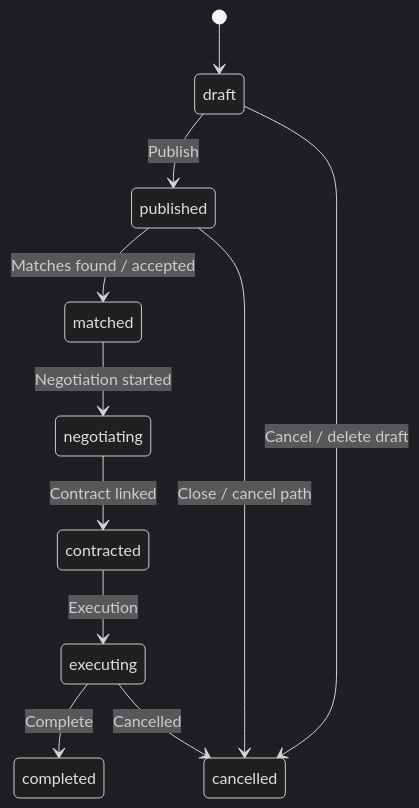
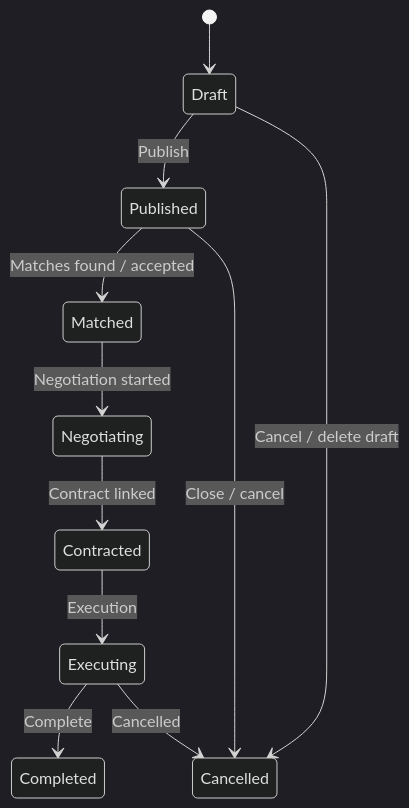
One commit to Mabdelmofdy/PMtwin1 changed the second of 6 diagrams in docs/PM-Twin-Complete-User-Guide.md. Above: the diagram before and after it, drawn with Mermaid (dark theme). The commit also changed other lines of this file and 1 other file, not shown here.

````diff
--- a/docs/PM-Twin-Complete-User-Guide.md
+++ b/docs/PM-Twin-Complete-User-Guide.md
@@ -404,13 +402,13 @@
 ```mermaid
 stateDiagram-v2
-  [*] --> draft
-  draft --> published: Publish
-  published --> matched: Matches found / accepted
-  matched --> negotiating: Negotiation started
-  negotiating --> contracted: Contract linked
-  contracted --> executing: Execution
-  executing --> completed: Complete
-  draft --> cancelled: Cancel / delete draft
-  published --> cancelled: Close / cancel path
-  executing --> cancelled: Cancelled
+  [*] --> Draft
+  Draft --> Published: Publish
+  Published --> Matched: Matches found / accepted
+  Matched --> Negotiating: Negotiation started
+  Negotiating --> Contracted: Contract linked
+  Contracted --> Executing: Execution
+  Executing --> Completed: Complete
+  Draft --> Cancelled: Cancel / delete draft
+  Published --> Cancelled: Close / cancel
+  Executing --> Cancelled: Cancelled
 ```
````
